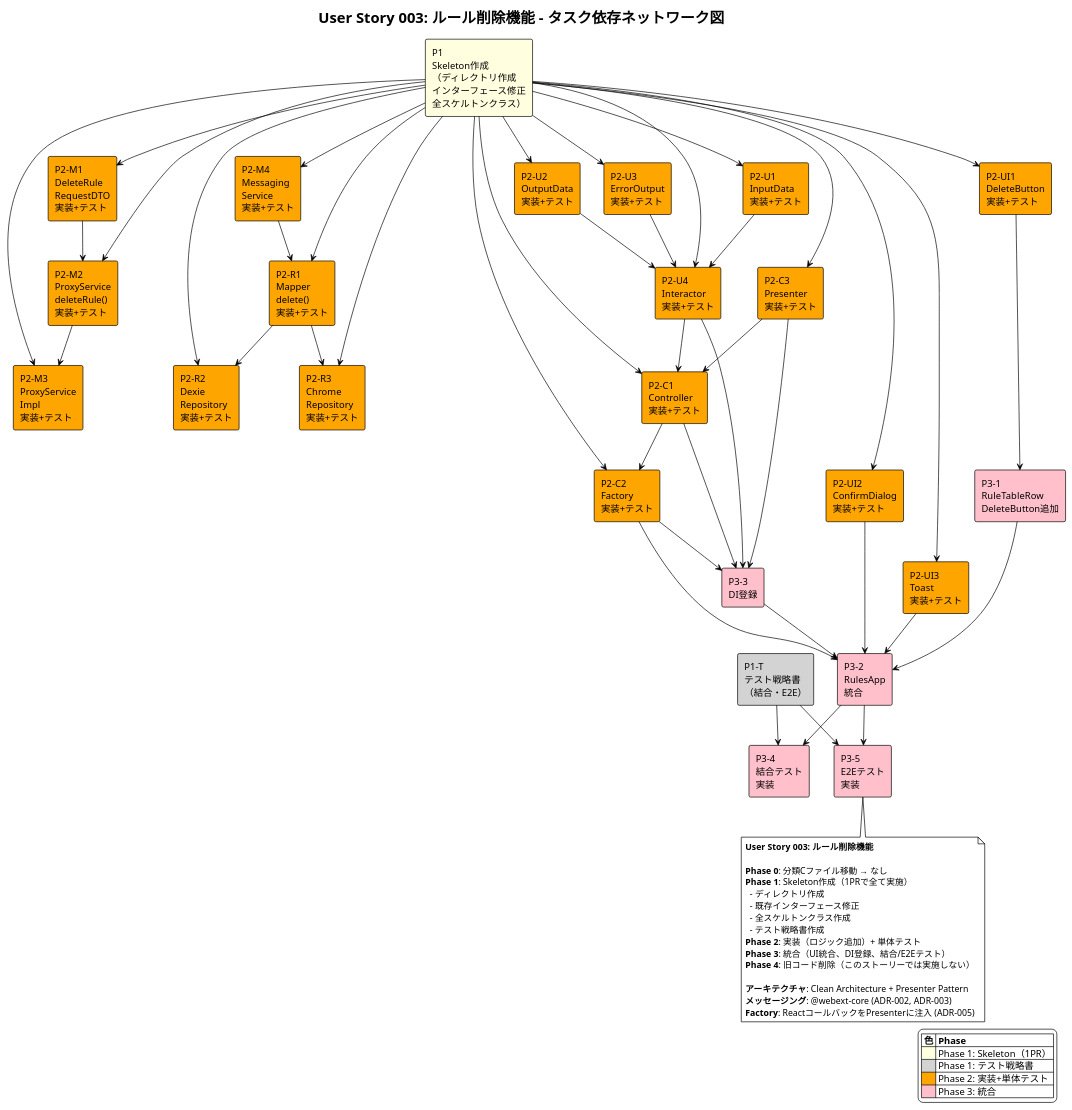
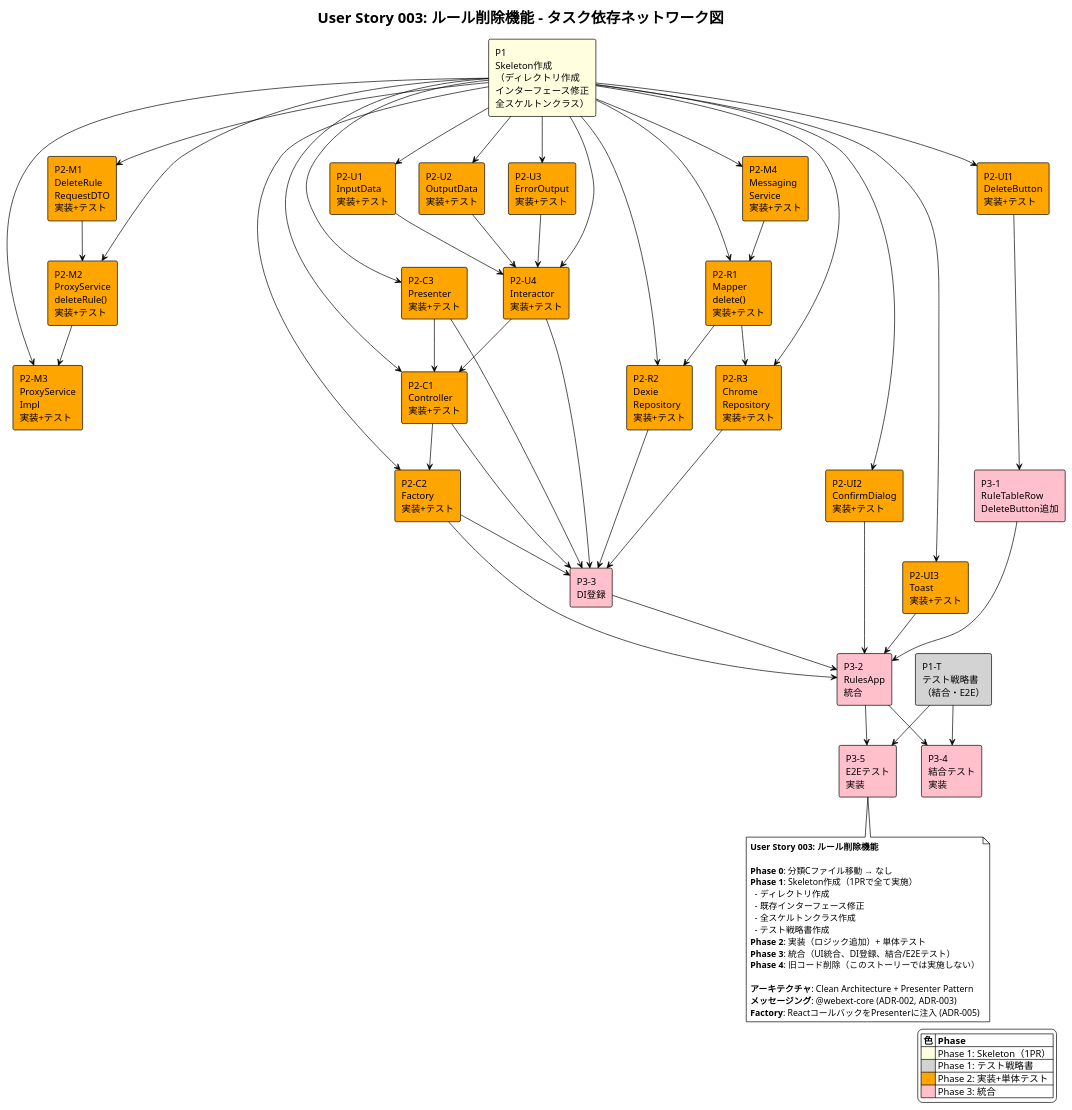
The diagram in docs/user-stories/user-story-003/network-diagram.puml (akAredminEogre/frog-frame-front), drawn with PlantUML before and after one commit.

Commit message:
docs: add missing dependencies from Repository implementations to DI registration

```diff
--- a/docs/user-stories/user-story-003/network-diagram.puml
+++ b/docs/user-stories/user-story-003/network-diagram.puml
@@ -1,122 +1,124 @@
 @startuml user-story-003-network-diagram
 !theme plain
 title User Story 003: ルール削除機能 - タスク依存ネットワーク図
 
 ' Phase 1: Skeleton（1つのPRで全て実施）
 rectangle "P1\nSkeleton作成\n（ディレクトリ作成\nインターフェース修正\n全スケルトンクラス）" as phase1Skeleton #lightyellow
 
 ' Phase 1: テスト戦略書
 rectangle "P1-T\nテスト戦略書\n（結合・E2E）" as testStrategy #lightgray
 
 ' Phase 2: 実装 - メッセージング
 rectangle "P2-M1\nDeleteRule\nRequestDTO\n実装+テスト" as requestDtoImpl #orange
 rectangle "P2-M2\nProxyService\ndeleteRule()\n実装+テスト" as proxyImpl #orange
 rectangle "P2-M3\nProxyService\nImpl\n実装+テスト" as proxyImplImpl #orange
 rectangle "P2-M4\nMessaging\nService\n実装+テスト" as msgImpl #orange
 
 ' Phase 2: 実装 - Mapper/Repository
 rectangle "P2-R1\nMapper\ndelete()\n実装+テスト" as mapperImpl #orange
 rectangle "P2-R2\nDexie\nRepository\n実装+テスト" as dexieImpl #orange
 rectangle "P2-R3\nChrome\nRepository\n実装+テスト" as chromeImpl #orange
 
 ' Phase 2: 実装 - UseCase
 rectangle "P2-U1\nInputData\n実装+テスト" as inputImpl #orange
 rectangle "P2-U2\nOutputData\n実装+テスト" as outputImpl #orange
 rectangle "P2-U3\nErrorOutput\n実装+テスト" as errorImpl #orange
 rectangle "P2-U4\nInteractor\n実装+テスト" as interactorImpl #orange
 
 ' Phase 2: 実装 - Controller/Presenter
 rectangle "P2-C1\nController\n実装+テスト" as controllerImpl #orange
 rectangle "P2-C2\nFactory\n実装+テスト" as factoryImpl #orange
 rectangle "P2-C3\nPresenter\n実装+テスト" as presenterImpl #orange
 
 ' Phase 2: 実装 - UI
 rectangle "P2-UI1\nDeleteButton\n実装+テスト" as deleteBtnImpl #orange
 rectangle "P2-UI2\nConfirmDialog\n実装+テスト" as confirmImpl #orange
 rectangle "P2-UI3\nToast\n実装+テスト" as toastImpl #orange
 
 ' Phase 3: 統合
 rectangle "P3-1\nRuleTableRow\nDeleteButton追加" as tableRowInteg #pink
 rectangle "P3-2\nRulesApp\n統合" as rulesAppInteg #pink
 rectangle "P3-3\nDI登録" as diReg #pink
 rectangle "P3-4\n結合テスト\n実装" as integrationTest #pink
 rectangle "P3-5\nE2Eテスト\n実装" as e2eTest #pink
 
 ' 依存関係: Phase 1 → Phase 2
 phase1Skeleton --> requestDtoImpl
 phase1Skeleton --> proxyImpl
 phase1Skeleton --> proxyImplImpl
 phase1Skeleton --> msgImpl
 phase1Skeleton --> mapperImpl
 phase1Skeleton --> dexieImpl
 phase1Skeleton --> chromeImpl
 phase1Skeleton --> inputImpl
 phase1Skeleton --> outputImpl
 phase1Skeleton --> errorImpl
 phase1Skeleton --> interactorImpl
 phase1Skeleton --> controllerImpl
 phase1Skeleton --> factoryImpl
 phase1Skeleton --> presenterImpl
 phase1Skeleton --> deleteBtnImpl
 phase1Skeleton --> confirmImpl
 phase1Skeleton --> toastImpl
 
 ' 依存関係: Phase 2 内部
 requestDtoImpl --> proxyImpl
 proxyImpl --> proxyImplImpl
 msgImpl --> mapperImpl
 mapperImpl --> dexieImpl
 mapperImpl --> chromeImpl
 inputImpl --> interactorImpl
 outputImpl --> interactorImpl
 errorImpl --> interactorImpl
 interactorImpl --> controllerImpl
 presenterImpl --> controllerImpl
 controllerImpl --> factoryImpl
 
 ' 依存関係: Phase 2 → Phase 3
 deleteBtnImpl --> tableRowInteg
 tableRowInteg --> rulesAppInteg
 confirmImpl --> rulesAppInteg
 toastImpl --> rulesAppInteg
 factoryImpl --> rulesAppInteg
 controllerImpl --> diReg
 presenterImpl --> diReg
 factoryImpl --> diReg
 interactorImpl --> diReg
+dexieImpl --> diReg
+chromeImpl --> diReg
 diReg --> rulesAppInteg
 
 ' 依存関係: テスト
 testStrategy --> integrationTest
 testStrategy --> e2eTest
 rulesAppInteg --> integrationTest
 rulesAppInteg --> e2eTest
 
 ' 凡例
 legend right
   |= 色 |= Phase |
   | <#lightyellow> | Phase 1: Skeleton（1PR） |
   | <#lightgray> | Phase 1: テスト戦略書 |
   | <#orange> | Phase 2: 実装+単体テスト |
   | <#pink> | Phase 3: 統合 |
 endlegend
 
 note bottom
 **User Story 003: ルール削除機能**
 
 **Phase 0**: 分類Cファイル移動 → なし
 **Phase 1**: Skeleton作成（1PRで全て実施）
   - ディレクトリ作成
   - 既存インターフェース修正
   - 全スケルトンクラス作成
   - テスト戦略書作成
 **Phase 2**: 実装（ロジック追加）+ 単体テスト
 **Phase 3**: 統合（UI統合、DI登録、結合/E2Eテスト）
 **Phase 4**: 旧コード削除（このストーリーでは実施しない）
 
 **アーキテクチャ**: Clean Architecture + Presenter Pattern
 **メッセージング**: @webext-core (ADR-002, ADR-003)
 **Factory**: ReactコールバックをPresenterに注入 (ADR-005)
 end note
 
 @enduml
```
